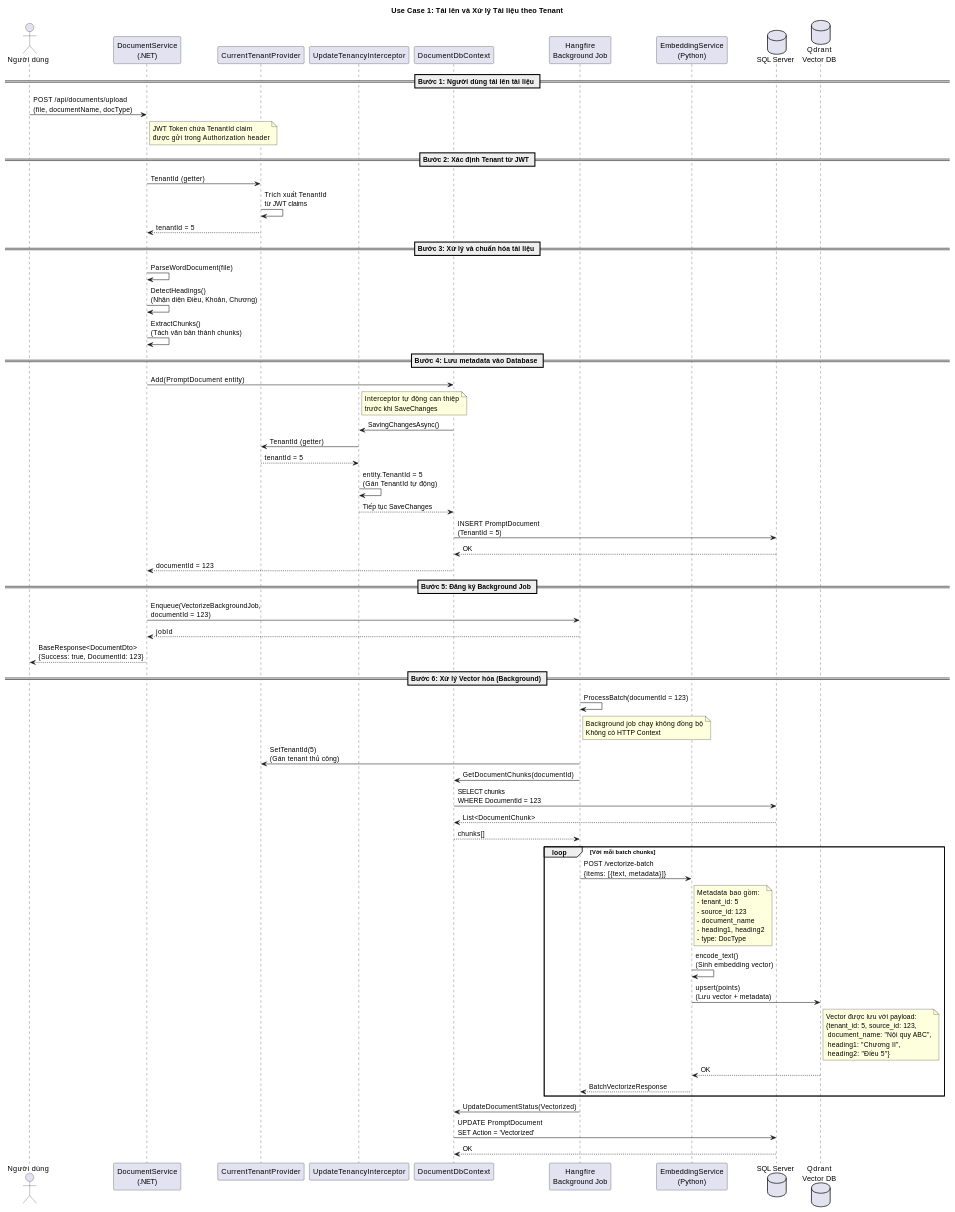
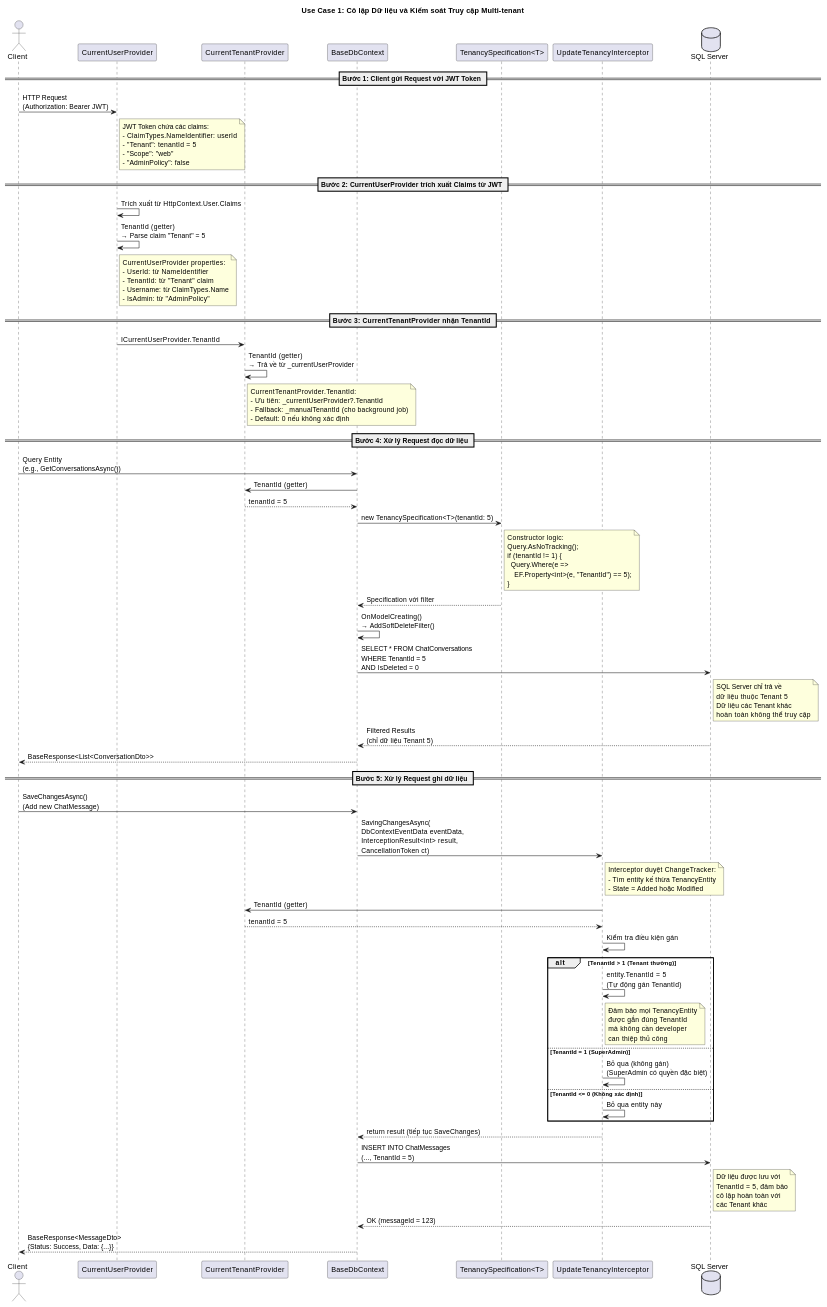
The first of 2 diagrams in 4.2.2_Thiet_ke_lop.md (congminhdinh/AIChat2025), drawn with PlantUML before and after one commit. The commit also changed other lines of this file and 1 other file, not shown here.

````diff
--- a/4.2.2_Thiet_ke_lop.md
+++ b/4.2.2_Thiet_ke_lop.md
@@ -176,102 +311,125 @@
 ```plantuml
 @startuml
-title Use Case 1: Tải lên và Xử lý Tài liệu theo Tenant
+title Use Case 1: Cô lập Dữ liệu và Kiểm soát Truy cập Multi-tenant
 
-actor "Người dùng" as User
-participant "DocumentService\n(.NET)" as DocService
+actor "Client" as Client
+participant "CurrentUserProvider" as UserProvider
 participant "CurrentTenantProvider" as TenantProvider
-participant "UpdateTenancyInterceptor" as TenancyInterceptor
-participant "DocumentDbContext" as DbContext
-participant "Hangfire\nBackground Job" as Hangfire
-participant "EmbeddingService\n(Python)" as EmbeddingService
+participant "BaseDbContext" as DbContext
+participant "TenancySpecification<T>" as TenancySpec
+participant "UpdateTenancyInterceptor" as Interceptor
 database "SQL Server" as DB
-database "Qdrant\nVector DB" as Qdrant
 
-== Bước 1: Người dùng tải lên tài liệu ==
-User -> DocService: POST /api/documents/upload\n(file, documentName, docType)
+== Bước 1: Client gửi Request với JWT Token ==
+Client -> UserProvider: HTTP Request\n(Authorization: Bearer JWT)
 
-note right of DocService
-  JWT Token chứa TenantId claim
-  được gửi trong Authorization header
+note right of UserProvider
+  JWT Token chứa các claims:
+  - ClaimTypes.NameIdentifier: userId
+  - "Tenant": tenantId = 5
+  - "Scope": "web"
+  - "AdminPolicy": false
 end note
 
-== Bước 2: Xác định Tenant từ JWT ==
-DocService -> TenantProvider: TenantId (getter)
-TenantProvider -> TenantProvider: Trích xuất TenantId\ntừ JWT claims
-TenantProvider --> DocService: tenantId = 5
+== Bước 2: CurrentUserProvider trích xuất Claims từ JWT ==
+UserProvider -> UserProvider: Trích xuất từ HttpContext.User.Claims
+UserProvider -> UserProvider: TenantId (getter)\n→ Parse claim "Tenant" = 5
 
-== Bước 3: Xử lý và chuẩn hóa tài liệu ==
-DocService -> DocService: ParseWordDocument(file)
-DocService -> DocService: DetectHeadings()\n(Nhận diện Điều, Khoản, Chương)
-DocService -> DocService: ExtractChunks()\n(Tách văn bản thành chunks)
-
-== Bước 4: Lưu metadata vào Database ==
-DocService -> DbContext: Add(PromptDocument entity)
-
-note right of TenancyInterceptor
-  Interceptor tự động can thiệp
-  trước khi SaveChanges
+note right of UserProvider
+  CurrentUserProvider properties:
+  - UserId: từ NameIdentifier
+  - TenantId: từ "Tenant" claim
+  - Username: từ ClaimTypes.Name
+  - IsAdmin: từ "AdminPolicy"
 end note
 
-DbContext -> TenancyInterceptor: SavingChangesAsync()
-TenancyInterceptor -> TenantProvider: TenantId (getter)
-TenantProvider --> TenancyInterceptor: tenantId = 5
-TenancyInterceptor -> TenancyInterceptor: entity.TenantId = 5\n(Gán TenantId tự động)
-TenancyInterceptor --> DbContext: Tiếp tục SaveChanges
-DbContext -> DB: INSERT PromptDocument\n(TenantId = 5)
-DB --> DbContext: OK
-DbContext --> DocService: documentId = 123
+== Bước 3: CurrentTenantProvider nhận TenantId ==
+UserProvider -> TenantProvider: ICurrentUserProvider.TenantId
+TenantProvider -> TenantProvider: TenantId (getter)\n→ Trả về từ _currentUserProvider
 
-== Bước 5: Đăng ký Background Job ==
-DocService -> Hangfire: Enqueue(VectorizeBackgroundJob,\ndocumentId = 123)
-Hangfire --> DocService: jobId
-
-DocService --> User: BaseResponse<DocumentDto>\n{Success: true, DocumentId: 123}
-
-== Bước 6: Xử lý Vector hóa (Background) ==
-Hangfire -> Hangfire: ProcessBatch(documentId = 123)
-
-note right of Hangfire
-  Background job chạy không đồng bộ
-  Không có HTTP Context
+note right of TenantProvider
+  CurrentTenantProvider.TenantId:
+  - Ưu tiên: _currentUserProvider?.TenantId
+  - Fallback: _manualTenantId (cho background job)
+  - Default: 0 nếu không xác định
 end note
 
-Hangfire -> TenantProvider: SetTenantId(5)\n(Gán tenant thủ công)
-Hangfire -> DbContext: GetDocumentChunks(documentId)
-DbContext -> DB: SELECT chunks\nWHERE DocumentId = 123
-DB --> DbContext: List<DocumentChunk>
-DbContext --> Hangfire: chunks[]
+== Bước 4: Xử lý Request đọc dữ liệu ==
+Client -> DbContext: Query Entity\n(e.g., GetConversationsAsync())
 
-loop Với mỗi batch chunks
-  Hangfire -> EmbeddingService: POST /vectorize-batch\n{items: [{text, metadata}]}
+DbContext -> TenantProvider: TenantId (getter)
+TenantProvider --> DbContext: tenantId = 5
 
-  note right of EmbeddingService
-    Metadata bao gồm:
-    - tenant_id: 5
-    - source_id: 123
-    - document_name
-    - heading1, heading2
-    - type: DocType
+DbContext -> TenancySpec: new TenancySpecification<T>(tenantId: 5)
+
+note right of TenancySpec
+  Constructor logic:
+  Query.AsNoTracking();
+  if (tenantId != 1) {
+    Query.Where(e =>
+      EF.Property<int>(e, "TenantId") == 5);
+  }
+end note
+
+TenancySpec --> DbContext: Specification với filter
+
+DbContext -> DbContext: OnModelCreating()\n→ AddSoftDeleteFilter()
+
+DbContext -> DB: SELECT * FROM ChatConversations\nWHERE TenantId = 5\nAND IsDeleted = 0
+
+note right of DB
+  SQL Server chỉ trả về
+  dữ liệu thuộc Tenant 5
+  Dữ liệu các Tenant khác
+  hoàn toàn không thể truy cập
+end note
+
+DB --> DbContext: Filtered Results\n(chỉ dữ liệu Tenant 5)
+DbContext --> Client: BaseResponse<List<ConversationDto>>
+
+== Bước 5: Xử lý Request ghi dữ liệu ==
+Client -> DbContext: SaveChangesAsync()\n(Add new ChatMessage)
+
+DbContext -> Interceptor: SavingChangesAsync(\nDbContextEventData eventData,\nInterceptionResult<int> result,\nCancellationToken ct)
+
+note right of Interceptor
+  Interceptor duyệt ChangeTracker:
+  - Tìm entity kế thừa TenancyEntity
+  - State = Added hoặc Modified
+end note
+
+Interceptor -> TenantProvider: TenantId (getter)
+TenantProvider --> Interceptor: tenantId = 5
+
+Interceptor -> Interceptor: Kiểm tra điều kiện gán
+
+alt TenantId > 1 (Tenant thường)
+  Interceptor -> Interceptor: entity.TenantId = 5\n(Tự động gán TenantId)
+  note right of Interceptor
+    Đảm bảo mọi TenancyEntity
+    được gắn đúng TenantId
+    mà không cần developer
+    can thiệp thủ công
   end note
-
-  EmbeddingService -> EmbeddingService: encode_text()\n(Sinh embedding vector)
-  EmbeddingService -> Qdrant: upsert(points)\n(Lưu vector + metadata)
-
-  note right of Qdrant
-    Vector được lưu với payload:
-    {tenant_id: 5, source_id: 123,
-     document_name: "Nội quy ABC",
-     heading1: "Chương II",
-     heading2: "Điều 5"}
-  end note
-
-  Qdrant --> EmbeddingService: OK
-  EmbeddingService --> Hangfire: BatchVectorizeResponse
+else TenantId = 1 (SuperAdmin)
+  Interceptor -> Interceptor: Bỏ qua (không gán)\n(SuperAdmin có quyền đặc biệt)
+else TenantId <= 0 (Không xác định)
+  Interceptor -> Interceptor: Bỏ qua entity này
 end
 
-Hangfire -> DbContext: UpdateDocumentStatus(Vectorized)
-DbContext -> DB: UPDATE PromptDocument\nSET Action = 'Vectorized'
-DB --> DbContext: OK
+Interceptor --> DbContext: return result (tiếp tục SaveChanges)
+
+DbContext -> DB: INSERT INTO ChatMessages\n(..., TenantId = 5)
+
+note right of DB
+  Dữ liệu được lưu với
+  TenantId = 5, đảm bảo
+  cô lập hoàn toàn với
+  các Tenant khác
+end note
+
+DB --> DbContext: OK (messageId = 123)
+DbContext --> Client: BaseResponse<MessageDto>\n{Status: Success, Data: {...}}
 
 @enduml
 ```
````
